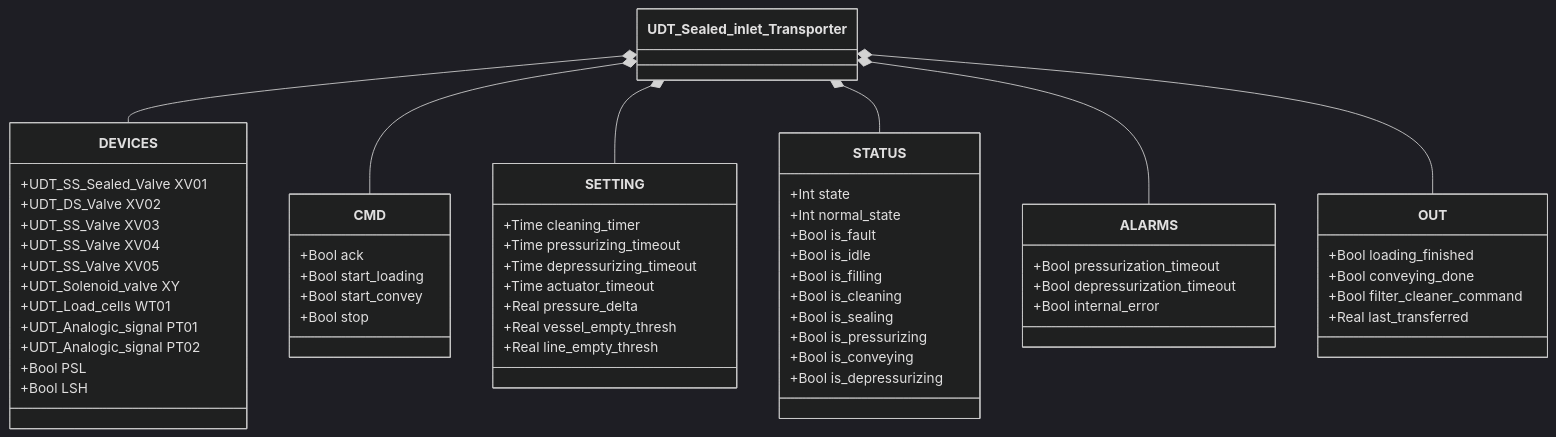
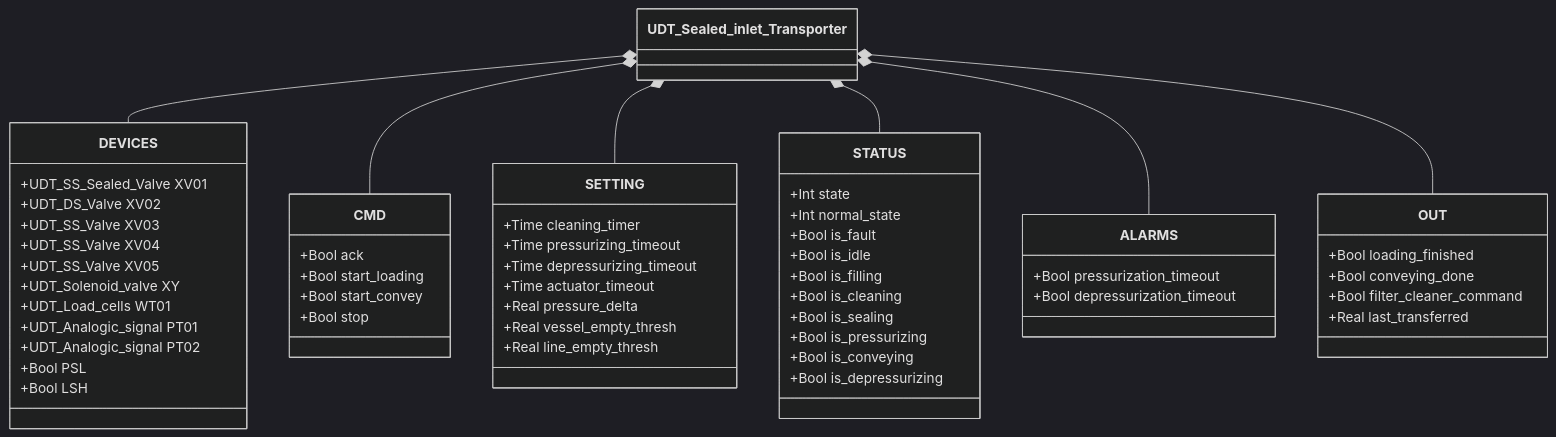
One commit to AleFire99/TIA_knowledge changed the first of 2 diagrams in docs/library/transporters/sealed-inlet/index.en.md. Above: the diagram before and after it, drawn with Mermaid (dark theme). The commit also changed other lines of this file and 199 other files, not shown here.

````diff
--- a/docs/library/transporters/sealed-inlet/index.en.md
+++ b/docs/library/transporters/sealed-inlet/index.en.md
@@ -145,61 +146,60 @@
 ```mermaid
 classDiagram
     class UDT_Sealed_inlet_Transporter
     class DEVICES {
         +UDT_SS_Sealed_Valve XV01
         +UDT_DS_Valve XV02
         +UDT_SS_Valve XV03
         +UDT_SS_Valve XV04
         +UDT_SS_Valve XV05
         +UDT_Solenoid_valve XY
         +UDT_Load_cells WT01
         +UDT_Analogic_signal PT01
         +UDT_Analogic_signal PT02
         +Bool PSL
         +Bool LSH
     }
     class CMD {
         +Bool ack
         +Bool start_loading
         +Bool start_convey
         +Bool stop
     }
     class SETTING {
         +Time cleaning_timer
         +Time pressurizing_timeout
         +Time depressurizing_timeout
         +Time actuator_timeout
         +Real pressure_delta
         +Real vessel_empty_thresh
         +Real line_empty_thresh
     }
     class STATUS {
         +Int state
         +Int normal_state
         +Bool is_fault
         +Bool is_idle
         +Bool is_filling
         +Bool is_cleaning
         +Bool is_sealing
         +Bool is_pressurizing
         +Bool is_conveying
         +Bool is_depressurizing
     }
     class ALARMS {
         +Bool pressurization_timeout
         +Bool depressurization_timeout
-        +Bool internal_error
     }
     class OUT {
         +Bool loading_finished
         +Bool conveying_done
         +Bool filter_cleaner_command
         +Real last_transferred
     }
     UDT_Sealed_inlet_Transporter *-- DEVICES
     UDT_Sealed_inlet_Transporter *-- CMD
     UDT_Sealed_inlet_Transporter *-- SETTING
     UDT_Sealed_inlet_Transporter *-- STATUS
     UDT_Sealed_inlet_Transporter *-- ALARMS
     UDT_Sealed_inlet_Transporter *-- OUT
 ```
````
